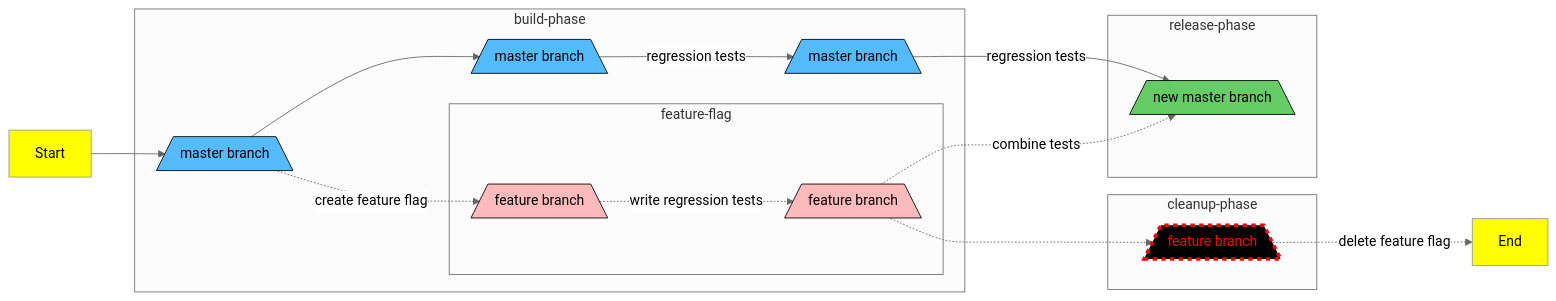
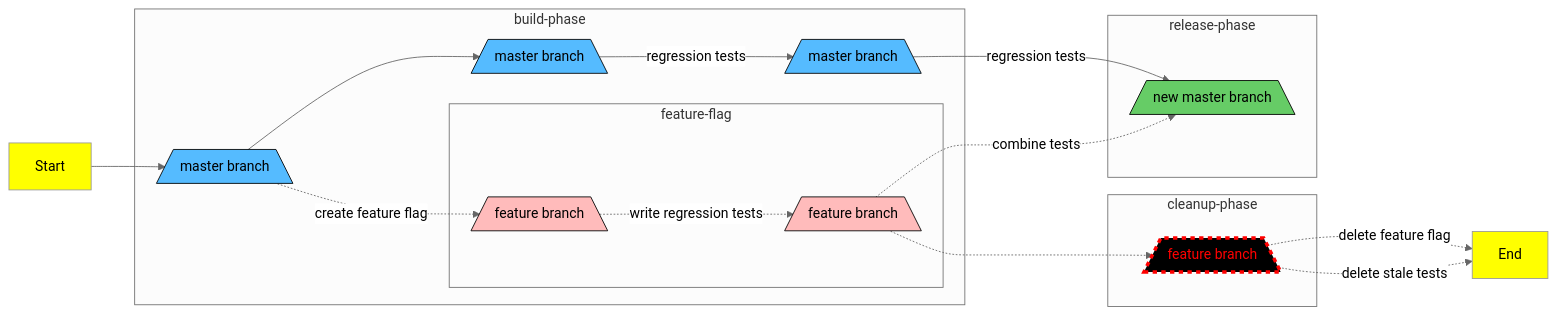
One commit to jessicahirsch/Mermaid-Diagrams changed the diagram in diagrams/diagram1.mmd. Above: the diagram before and after it, drawn with Mermaid (neutral theme).

Commit message:
feat: delete stale tests action

```diff
--- a/diagrams/diagram1.mmd
+++ b/diagrams/diagram1.mmd
@@ -1,47 +1,48 @@
 flowchart LR
 
 %% Each phase is one line of code to promote small batches
 %% Two lines of code means smaller batches called for
 
     Y[Start]-->A[/master branch\]
 
     subgraph build-phase
     A[/master branch\]-->AB[/master branch\]
 
     %% Begin top line build phase
     AB[/master branch\]--regression tests-->B[/master branch\]
 
     %% Feature branch is forked from master
     A[/master branch\]-.create feature flag.->C[/feature branch\]
 
     %% Feature developement begins behind flag
     subgraph feature-flag
     C[/feature branch\]-.write regression tests .->D[/feature branch\]
     D[/feature branch\]
     end feature-flag
     end build-phase
 
     subgraph release-phase
     B[/master branch\]--regression tests-->E[/new master branch\]
 
     %% Work is integrated
     D[/feature branch\]-.combine tests .->E[/new master branch\]
     end release-phase
 
     %% Post-experiment cleanup phase
     subgraph cleanup-phase
     D[/feature branch\]-.->F[/feature branch\]
     F[/feature branch\]
     end cleanup-phase
 
     F[/feature branch\]-.delete feature flag.->Z[End]
+    F[/feature branch\]-.delete stale tests.->Z[End]
 
     style Y fill:#ff0
     style Z fill:#ff0
     style E fill:#6C6,stroke:#000
     style F fill:#000,stroke:#f00,stroke-width:4px,color:#f00,stroke-dasharray: 5 5
     
     class A,AB,B masterClass;
     class C,D featureClass
     classDef masterClass fill:#5BF,stroke:#000
     classDef featureClass fill:#FBB,stroke:#000
```
